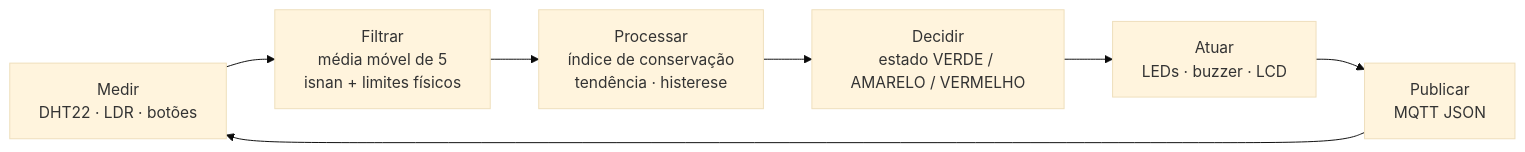
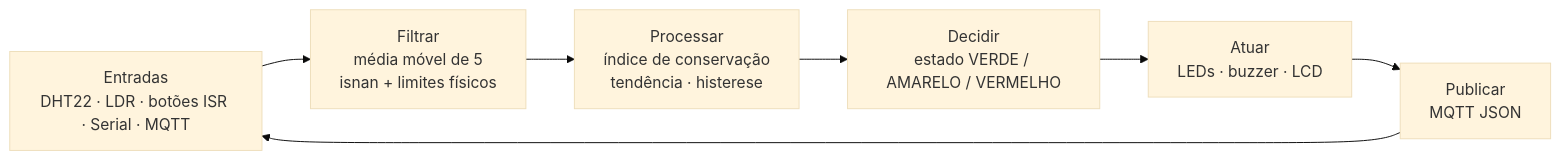
Before and after one commit to GuBidin/GlobalSolution-EdgeComputing-IntegraMed: the diagram in README.md, drawn with Mermaid (base theme). The commit also changed other lines of this file, not shown here.

````diff
--- a/README.md
+++ b/README.md
@@ -44,9 +52,9 @@
 ```mermaid
 flowchart LR
-    A[Medir<br/>DHT22 · LDR · botões] --> B[Filtrar<br/>média móvel de 5<br/>isnan + limites físicos]
+    A[Entradas<br/>DHT22 · LDR · botões ISR · Serial · MQTT] --> B[Filtrar<br/>média móvel de 5<br/>isnan + limites físicos]
     B --> C[Processar<br/>índice de conservação<br/>tendência · histerese]
     C --> D[Decidir<br/>estado VERDE / AMARELO / VERMELHO]
     D --> E[Atuar<br/>LEDs · buzzer · LCD]
     E --> F[Publicar<br/>MQTT JSON]
     F --> A
 ```
````
